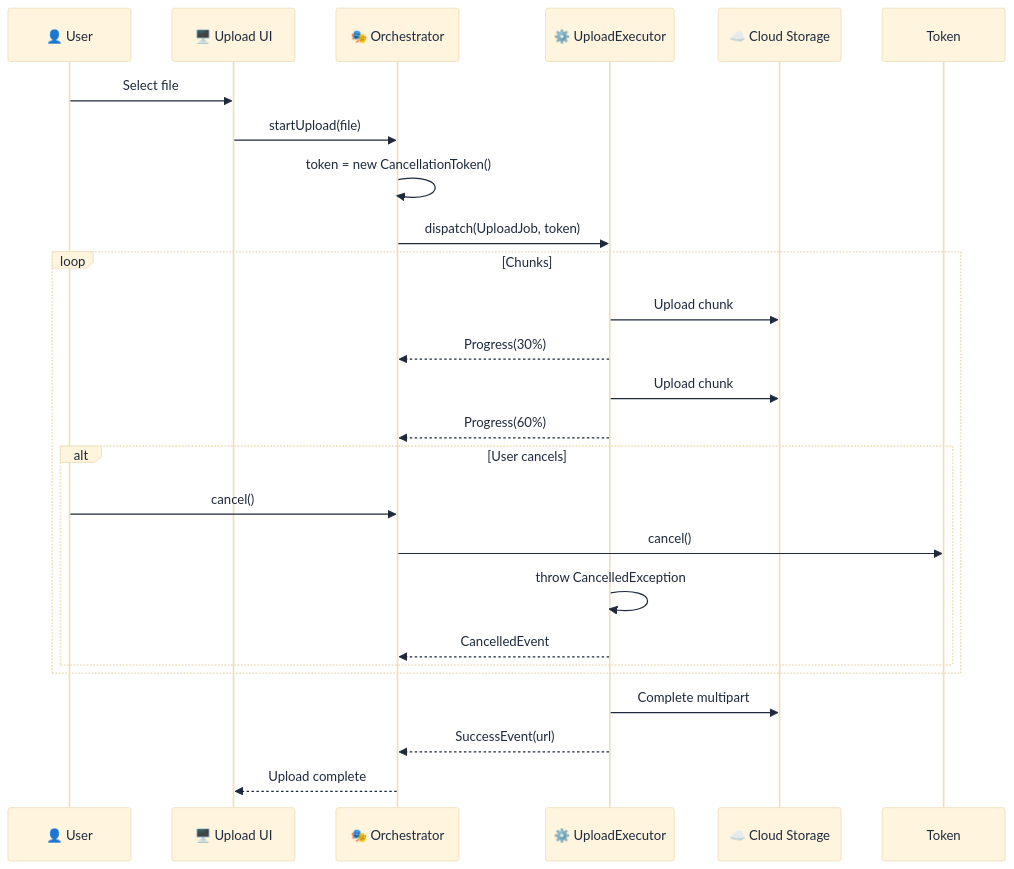
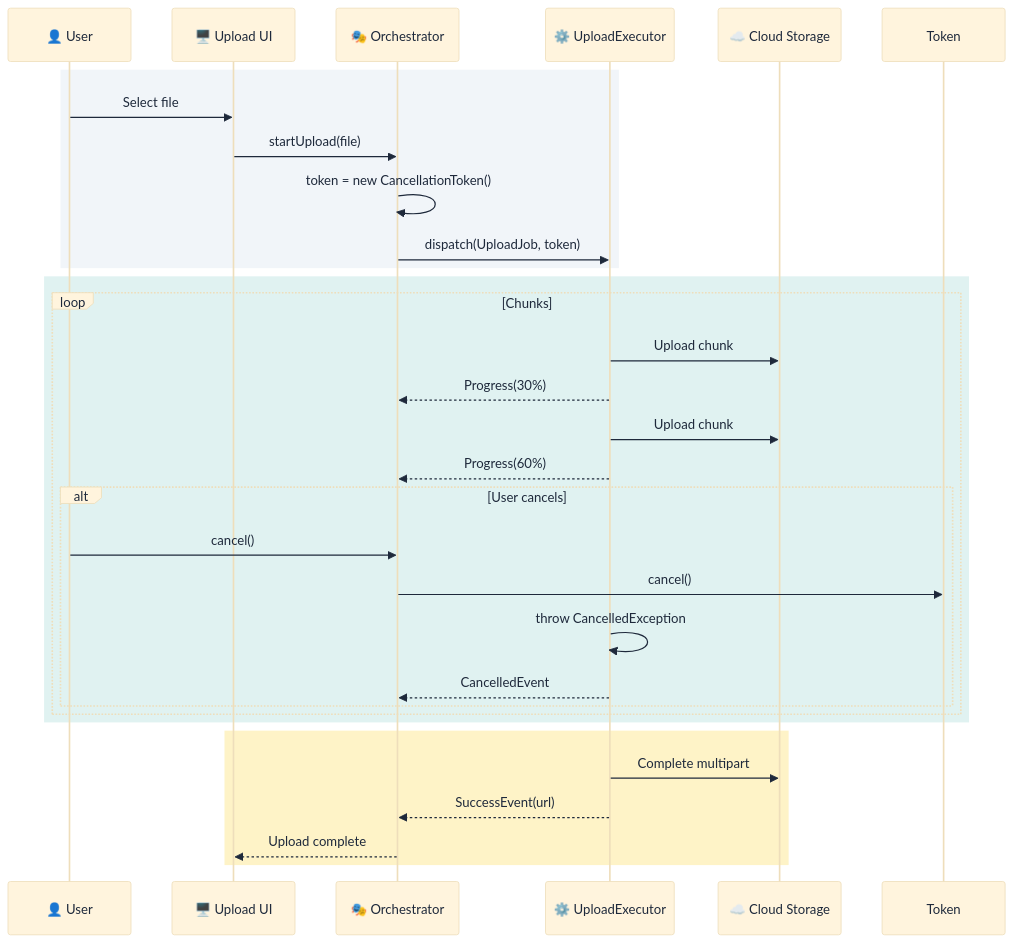
One commit to lploc94/flutter_orchestrator changed the fourth of 12 diagrams in book/chapters/06_case_study.md. Above: the diagram before and after it, drawn with Mermaid. The commit also changed other lines of this file and 5 other files, not shown here.

First line of the commit message:
docs(book): finalize beautification of all Mermaid diagrams

````diff
--- a/book/chapters/06_case_study.md
+++ b/book/chapters/06_case_study.md
@@ -133,32 +134,38 @@
 ```mermaid
 %%{init: {'theme': 'base', 'themeVariables': { 'primaryTextColor': '#1e293b', 'noteTextColor': '#1e293b', 'actorTextColor': '#1e293b' }}}%%
 sequenceDiagram
     participant User as 👤 User
     participant UI as 🖥️ Upload UI
     participant Orch as 🎭 Orchestrator
     participant Exec as ⚙️ UploadExecutor
     participant S3 as ☁️ Cloud Storage
     
-    User->>UI: Select file
-    UI->>Orch: startUpload(file)
-    Orch->>Orch: token = new CancellationToken()
-    Orch->>Exec: dispatch(UploadJob, token)
+    rect rgb(241, 245, 249)
+        User->>UI: Select file
+        UI->>Orch: startUpload(file)
+        Orch->>Orch: token = new CancellationToken()
+        Orch->>Exec: dispatch(UploadJob, token)
+    end
     
-    loop Chunks
-        Exec->>S3: Upload chunk
-        Exec-->>Orch: Progress(30%)
-        Exec->>S3: Upload chunk
-        Exec-->>Orch: Progress(60%)
-        
-        alt User cancels
-            User->>Orch: cancel()
-            Orch->>Token: cancel()
-            Exec->>Exec: throw CancelledException
-            Exec-->>Orch: CancelledEvent
+    rect rgb(224, 242, 241)
+        loop Chunks
+            Exec->>S3: Upload chunk
+            Exec-->>Orch: Progress(30%)
+            Exec->>S3: Upload chunk
+            Exec-->>Orch: Progress(60%)
+            
+            alt User cancels
+                User->>Orch: cancel()
+                Orch->>Token: cancel()
+                Exec->>Exec: throw CancelledException
+                Exec-->>Orch: CancelledEvent
+            end
         end
     end
     
-    Exec->>S3: Complete multipart
-    Exec-->>Orch: SuccessEvent(url)
-    Orch-->>UI: Upload complete
+    rect rgb(254, 243, 199)
+        Exec->>S3: Complete multipart
+        Exec-->>Orch: SuccessEvent(url)
+        Orch-->>UI: Upload complete
+    end
 ```
````
